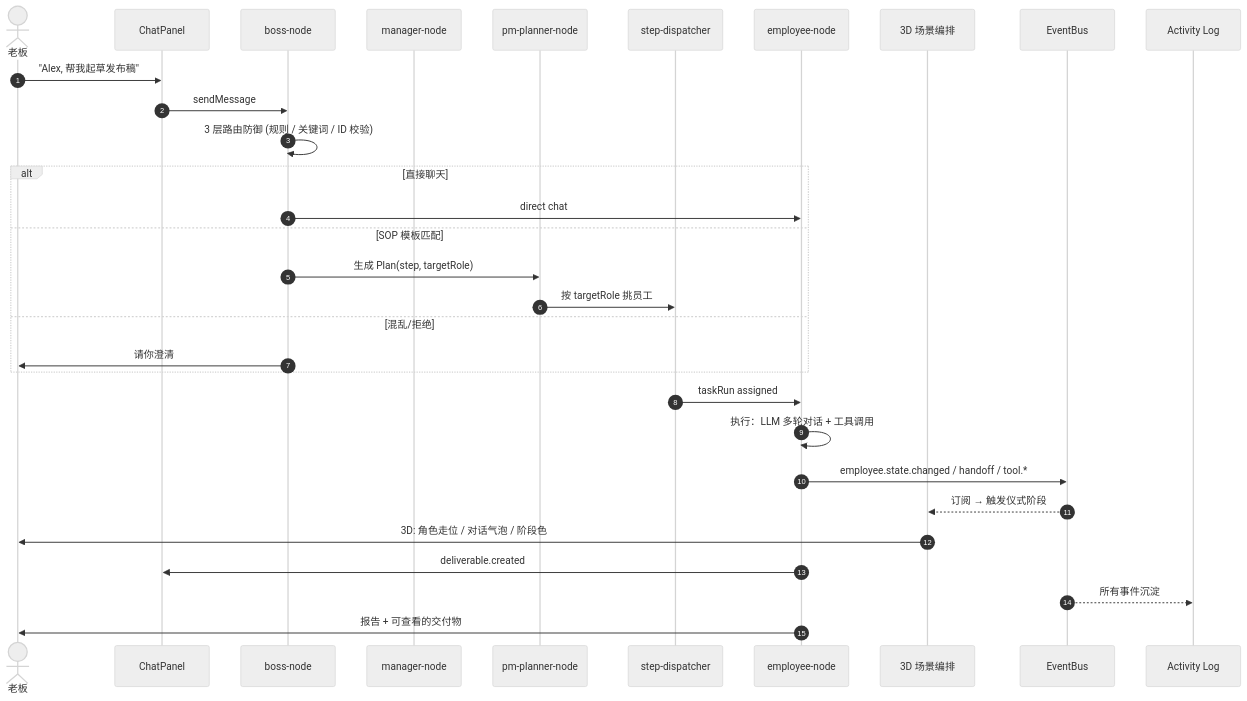
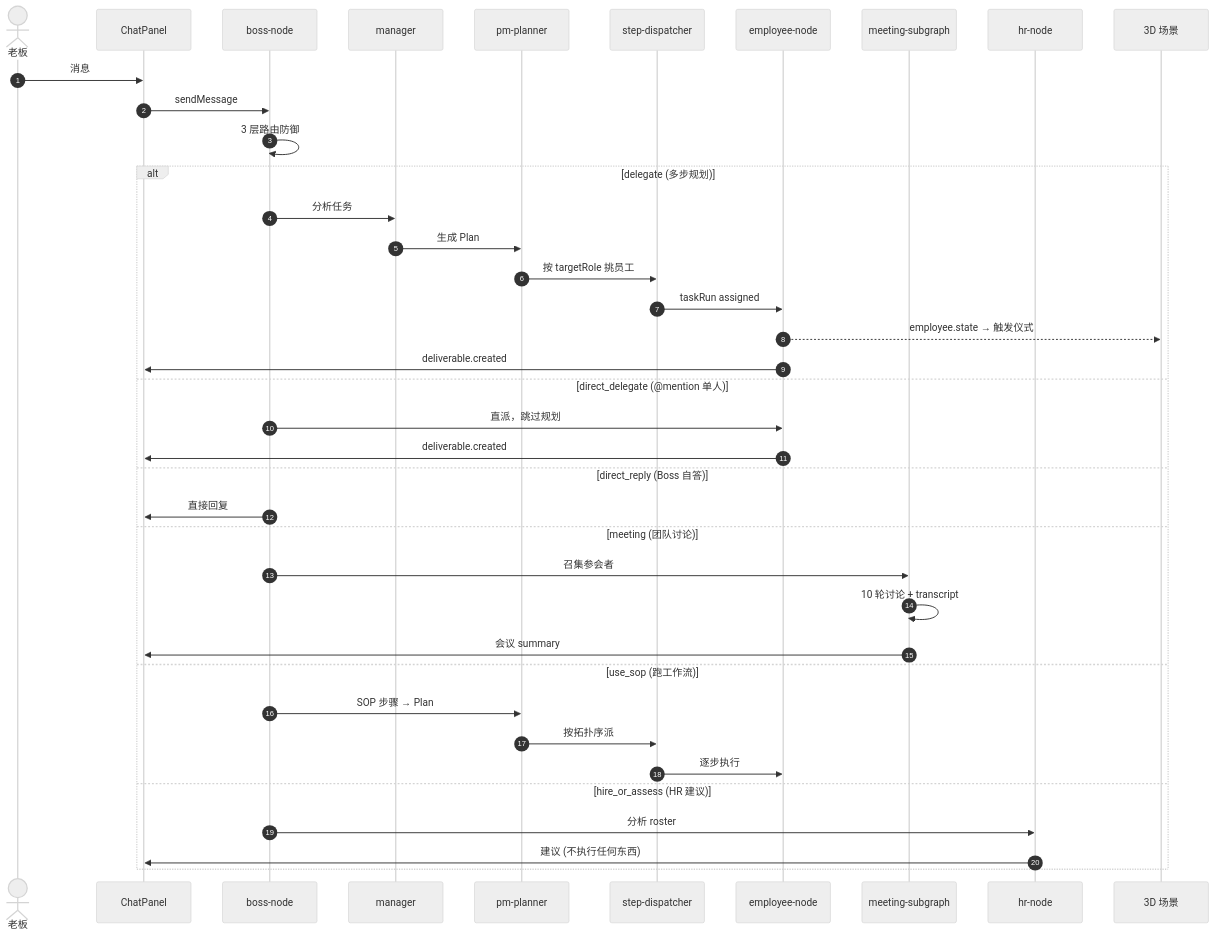
One commit to mike007jd/Offisim changed the third of 7 diagrams in Docs/business-logic-map.md. Above: the diagram before and after it, drawn with Mermaid (neutral theme). The commit also changed other lines of this file, not shown here.

````diff
--- a/Docs/business-logic-map.md
+++ b/Docs/business-logic-map.md
@@ -95,34 +113,43 @@
 ```mermaid
 sequenceDiagram
   autonumber
   actor U as 老板
   participant Chat as ChatPanel
   participant Boss as boss-node
-  participant Mgr as manager-node
-  participant Plan as pm-planner-node
+  participant Mgr as manager
+  participant Plan as pm-planner
   participant Disp as step-dispatcher
   participant Emp as employee-node
-  participant Scene as 3D 场景编排
-  participant Bus as EventBus
-  participant Log as Activity Log
+  participant Meet as meeting-subgraph
+  participant HR as hr-node
+  participant Scene as 3D 场景
 
-  U->>Chat: "Alex, 帮我起草发布稿"
+  U->>Chat: 消息
   Chat->>Boss: sendMessage
-  Boss->>Boss: 3 层路由防御 (规则 / 关键词 / ID 校验)
-  alt 直接聊天
-    Boss->>Emp: direct chat
-  else SOP 模板匹配
-    Boss->>Plan: 生成 Plan(step, targetRole)
+  Boss->>Boss: 3 层路由防御
+
+  alt delegate (多步规划)
+    Boss->>Mgr: 分析任务
+    Mgr->>Plan: 生成 Plan
     Plan->>Disp: 按 targetRole 挑员工
-  else 混乱/拒绝
-    Boss->>U: 请你澄清
+    Disp->>Emp: taskRun assigned
+    Emp-->>Scene: employee.state → 触发仪式
+    Emp->>Chat: deliverable.created
+  else direct_delegate (@mention 单人)
+    Boss->>Emp: 直派，跳过规划
+    Emp->>Chat: deliverable.created
+  else direct_reply (Boss 自答)
+    Boss->>Chat: 直接回复
+  else meeting (团队讨论)
+    Boss->>Meet: 召集参会者
+    Meet->>Meet: 10 轮讨论 + transcript
+    Meet->>Chat: 会议 summary
+  else use_sop (跑工作流)
+    Boss->>Plan: SOP 步骤 → Plan
+    Plan->>Disp: 按拓扑序派
+    Disp->>Emp: 逐步执行
+  else hire_or_assess (HR 建议)
+    Boss->>HR: 分析 roster
+    HR->>Chat: 建议 (不执行任何东西)
   end
-  Disp->>Emp: taskRun assigned
-  Emp->>Emp: 执行：LLM 多轮对话 + 工具调用
-  Emp->>Bus: employee.state.changed / handoff / tool.*
-  Bus-->>Scene: 订阅 → 触发仪式阶段
-  Scene->>U: 3D: 角色走位 / 对话气泡 / 阶段色
-  Emp->>Chat: deliverable.created
-  Bus-->>Log: 所有事件沉淀
-  Emp->>U: 报告 + 可查看的交付物
 ```
````
